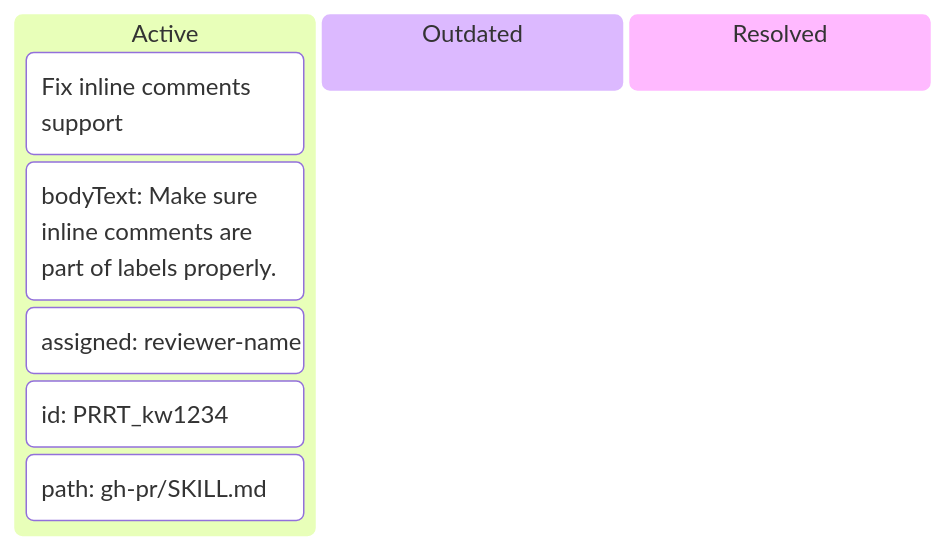
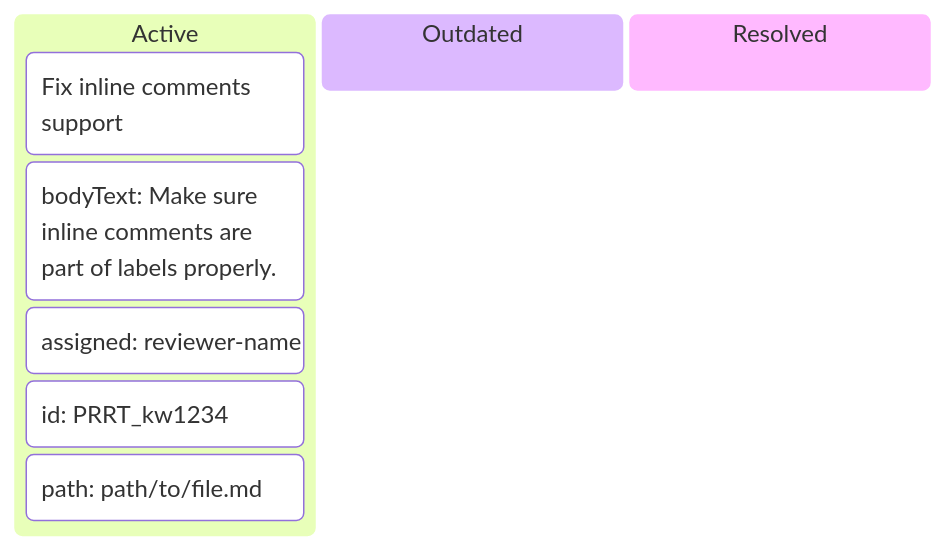
One commit to Cogni-AI-OU/cogni-ai-agent-skills changed the second of 4 diagrams in github-pr-brainstorm/SKILL.md. Above: the diagram before and after it, drawn with Mermaid.

Commit message:
Potential fix for pull request finding

````diff
--- a/github-pr-brainstorm/SKILL.md
+++ b/github-pr-brainstorm/SKILL.md
@@ -61,18 +61,18 @@
 ```mermaid
 ---
 kanban:
   tickInterval: 1
 ---
 %% This diagram visualizes PR review threads and comments.
 %% Data can be retrieved using:
 %% gh api graphql -F owner="<owner>" -F repo="<repo>" -F number=<pr_number> ...
 kanban
   Active
     [Fix inline comments support]
       bodyText: Make sure inline comments are part of labels properly.
       assigned: reviewer-name
       id: PRRT_kw1234
-      path: gh-pr/SKILL.md
+      path: path/to/file.md
   Outdated
   Resolved
 ```
````
